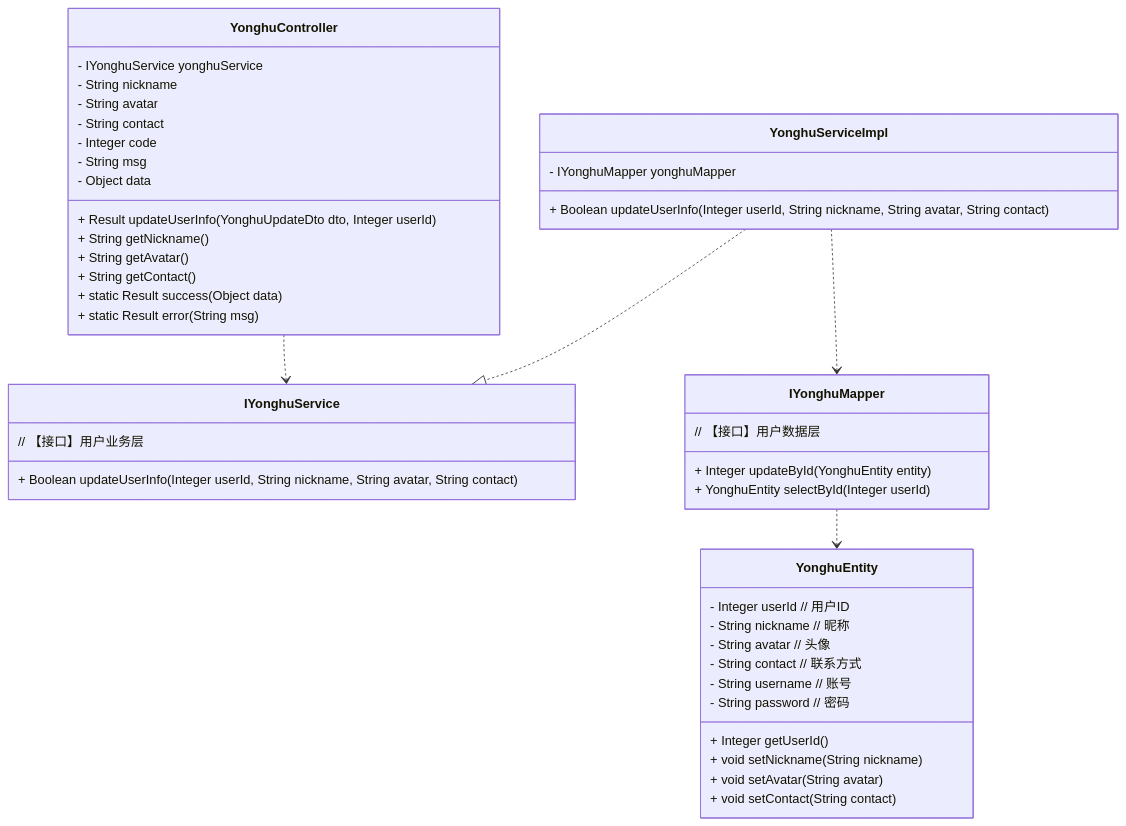
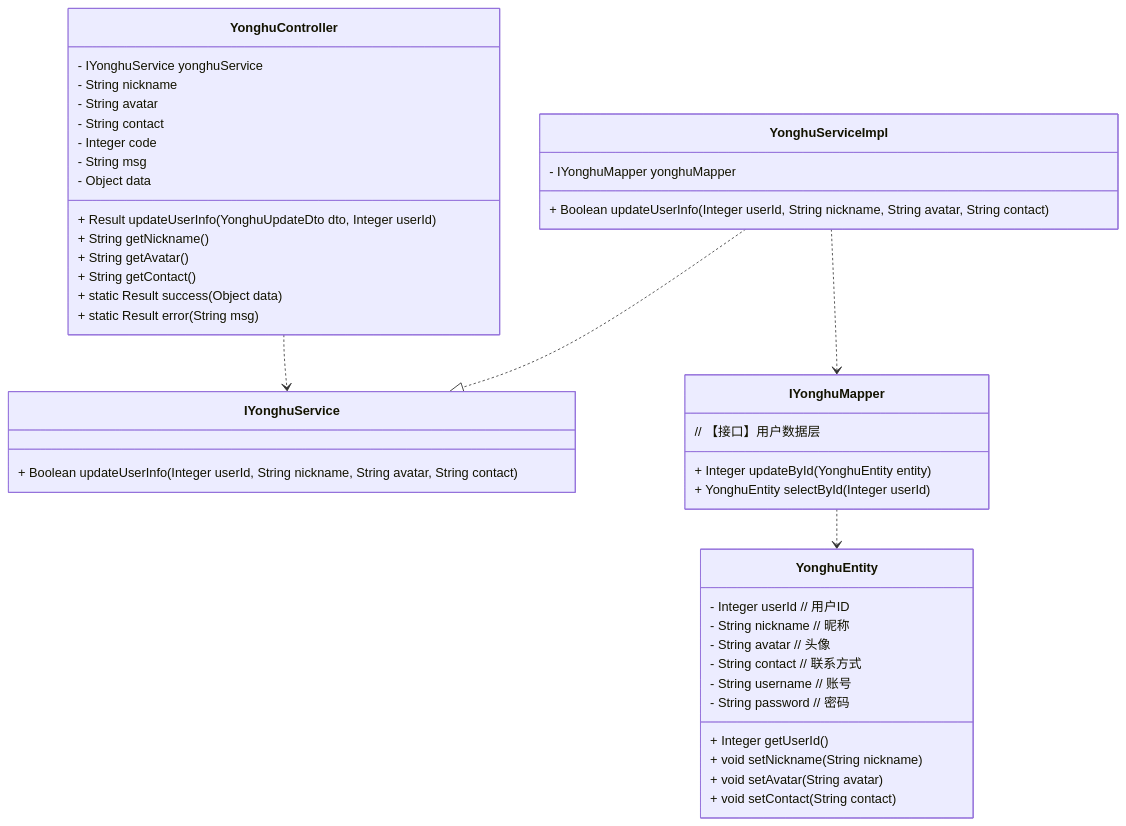
Before and after one commit to DEbalanceUX/iodraw-files: the diagram in all/未命名-6.md, drawn with Mermaid.

Commit message:
2025-12-26 03:46:45 update

````diff
--- a/all/未命名-6.md
+++ b/all/未命名-6.md
@@ -1,64 +1,64 @@
 ```mermaid
 classDiagram
     %% 关系定义（仅用Class+implements）
     YonghuServiceImpl ..|> IYonghuService : 
     YonghuController ..> IYonghuService : 
     YonghuServiceImpl ..> IYonghuMapper : 
     IYonghuMapper ..> YonghuEntity : 
 
     %% Controller层
     class YonghuController {
         - IYonghuService yonghuService
         + Result updateUserInfo(YonghuUpdateDto dto, Integer userId)
         
         
             - String nickname      
             - String avatar         
             - String contact        
             + String getNickname()
             + String getAvatar()
             + String getContact()
         
         
     
             - Integer code
             - String msg      
             - Object data   
             + static Result success(Object data)
             + static Result error(String msg)
         
     }
 
     %% Service接口（伪装为Class，注释说明是接口）
     class IYonghuService {
-        // 【接口】用户业务层
+    
         + Boolean updateUserInfo(Integer userId, String nickname, String avatar, String contact)
     }
 
     %% Service实现类
     class YonghuServiceImpl {
         - IYonghuMapper yonghuMapper
         + Boolean updateUserInfo(Integer userId, String nickname, String avatar, String contact)
     }
 
     %% Mapper接口（伪装为Class，注释说明是接口）
     class IYonghuMapper {
         // 【接口】用户数据层
         + Integer updateById(YonghuEntity entity)
         + YonghuEntity selectById(Integer userId)
     }
 
     %% Entity层
     class YonghuEntity {
         - Integer userId        // 用户ID
         - String nickname       // 昵称
         - String avatar         // 头像
         - String contact        // 联系方式
         - String username       // 账号
         - String password       // 密码
         + Integer getUserId()
         + void setNickname(String nickname)
         + void setAvatar(String avatar)
         + void setContact(String contact)
     }
 ```
````
